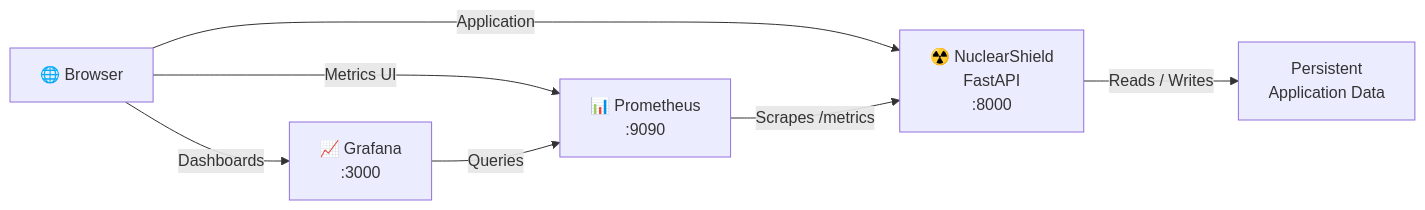
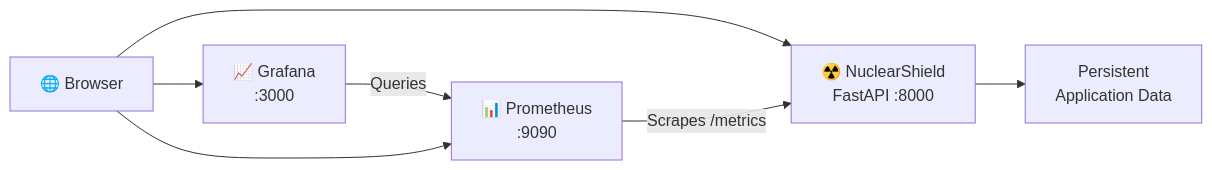
The fifth of 6 diagrams in README.md (ruveeha33/NuclearShield), drawn with Mermaid before and after one commit. The commit also changed other lines of this file, not shown here.

First line of the commit message:
Refine README language and architecture descriptions.

````diff
--- a/README.md
+++ b/README.md
@@ -702,23 +588,14 @@
 ```mermaid
 flowchart LR
 
-    USER["🌐 Browser"]
+    B["🌐 Browser"] --> NS["☢️ NuclearShield<br/>FastAPI :8000"]
 
-    APP["☢️ NuclearShield<br/>FastAPI<br/>:8000"]
+    NS --> DATA["Persistent<br/>Application Data"]
 
-    DATA["Persistent<br/>Application Data"]
+    PROM["📊 Prometheus<br/>:9090"] -->|Scrapes /metrics| NS
 
-    PROM["📊 Prometheus<br/>:9090"]
+    GRAF["📈 Grafana<br/>:3000"] -->|Queries| PROM
 
-    GRAF["📈 Grafana<br/>:3000"]
-
-    USER -->|Application| APP
-    USER -->|Metrics UI| PROM
-    USER -->|Dashboards| GRAF
-
-    APP -->|Reads / Writes| DATA
-
-    PROM -->|Scrapes /metrics| APP
-
-    GRAF -->|Queries| PROM
+    B --> PROM
+    B --> GRAF
 ```
````
